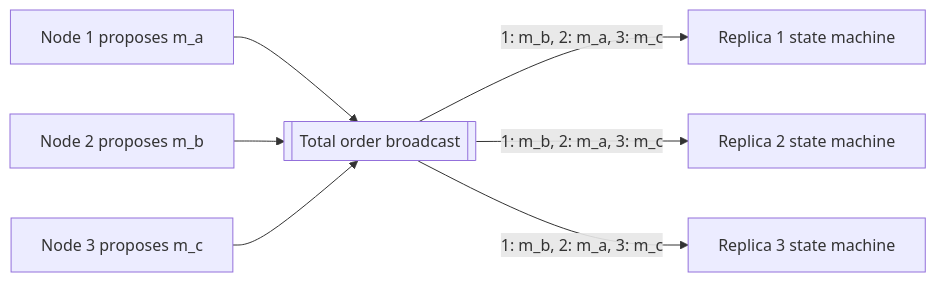
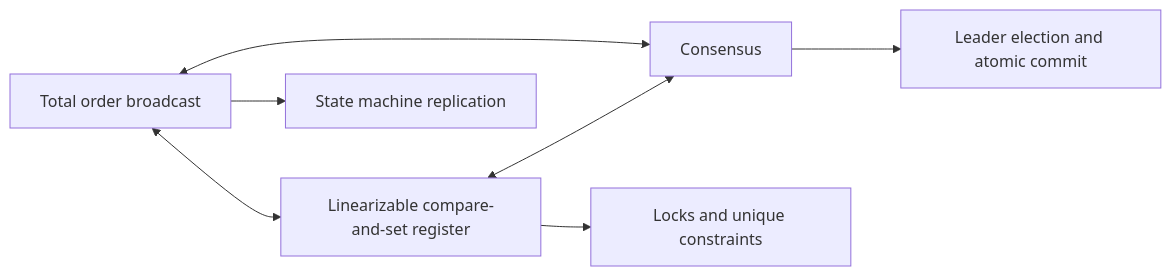
One commit to alvinnew100/grand-line-study-guide changed the second of 2 diagrams in src/databases/lessons/22-ordering.md. Above: the diagram before and after it, drawn with Mermaid. The commit also changed other lines of this file and 37 other files, not shown here.

````diff
--- a/src/databases/lessons/22-ordering.md
+++ b/src/databases/lessons/22-ordering.md
@@ -158,9 +218,9 @@
 ```mermaid
 flowchart LR
-  P1[Node 1 proposes m_a] --> TOB[[Total order broadcast]]
-  P2[Node 2 proposes m_b] --> TOB
-  P3[Node 3 proposes m_c] --> TOB
-  TOB -->|"1: m_b, 2: m_a, 3: m_c"| R1[Replica 1 state machine]
-  TOB -->|"1: m_b, 2: m_a, 3: m_c"| R2[Replica 2 state machine]
-  TOB -->|"1: m_b, 2: m_a, 3: m_c"| R3[Replica 3 state machine]
+  TOB[Total order broadcast] <--> LIN[Linearizable compare-and-set register]
+  LIN <--> CONS[Consensus]
+  CONS <--> TOB
+  TOB --> U1[State machine replication]
+  LIN --> U2[Locks and unique constraints]
+  CONS --> U3[Leader election and atomic commit]
 ```
````
